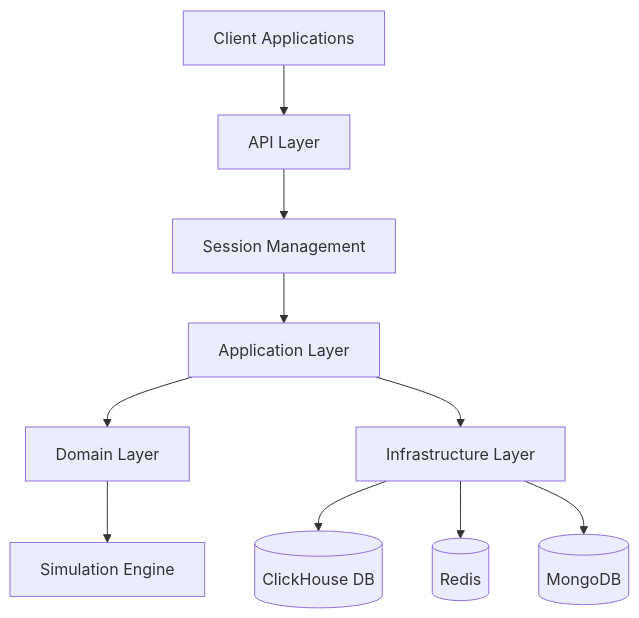
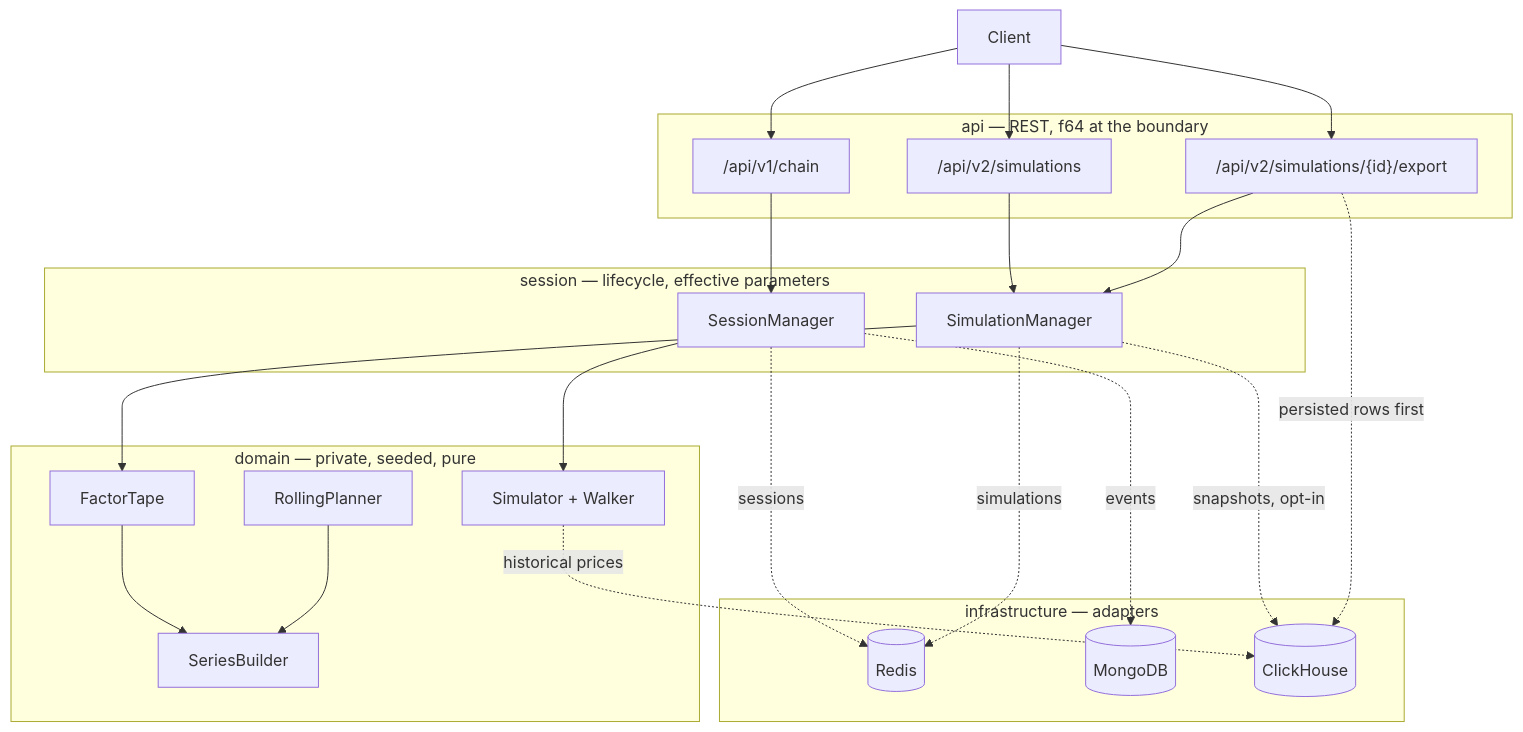
Before and after one commit to joaquinbejar/OptionChain-Simulator: the first of 8 diagrams in README.md, drawn with Mermaid. The commit also changed other lines of this file and 2 other files, not shown here.

````diff
--- a/README.md
+++ b/README.md
@@ -22,12 +28,42 @@
 ```mermaid
 flowchart TD
-Client[Client Applications] --> API[API Layer]
-API --> SM[Session Management]
-SM --> App[Application Layer]
-App --> Domain[Domain Layer]
-App --> Infra[Infrastructure Layer]
-Domain --> SimEngine[Simulation Engine]
-Infra --> ClickHouse[(ClickHouse DB)]
-Infra --> Redis[(Redis)]
-Infra --> MongoDB[(MongoDB)]
+  Client[Client]
+
+  subgraph api["api — REST, f64 at the boundary"]
+    V1["/api/v1/chain"]
+    V2["/api/v2/simulations"]
+    Export["/api/v2/simulations/{id}/export"]
+  end
+
+  subgraph session["session — lifecycle, effective parameters"]
+    SM[SessionManager]
+    SIM[SimulationManager]
+  end
+
+  subgraph domain["domain — private, seeded, pure"]
+    Simulator[Simulator + Walker]
+    Tape[FactorTape]
+    Planner[RollingPlanner]
+    Series[SeriesBuilder]
+  end
+
+  subgraph infra["infrastructure — adapters"]
+    Redis[(Redis)]
+    Mongo[(MongoDB)]
+    CH[(ClickHouse)]
+  end
+
+  Client --> V1 & V2 & Export
+  V1 --> SM --> Simulator
+  V2 --> SIM
+  Export --> SIM
+  SIM --> Tape
+  Tape --> Series
+  Planner --> Series
+  SM -.sessions.-> Redis
+  SIM -.simulations.-> Redis
+  SM -.events.-> Mongo
+  Simulator -.historical prices.-> CH
+  SIM -.snapshots, opt-in.-> CH
+  Export -.persisted rows first.-> CH
 ```
````
